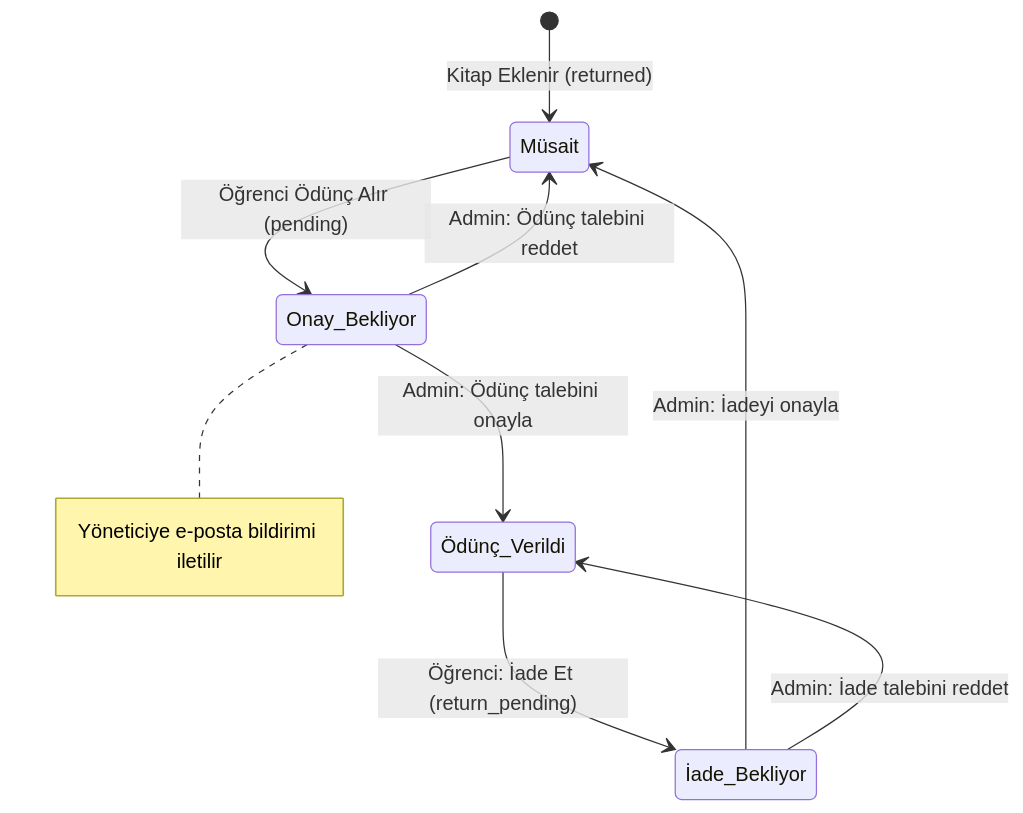
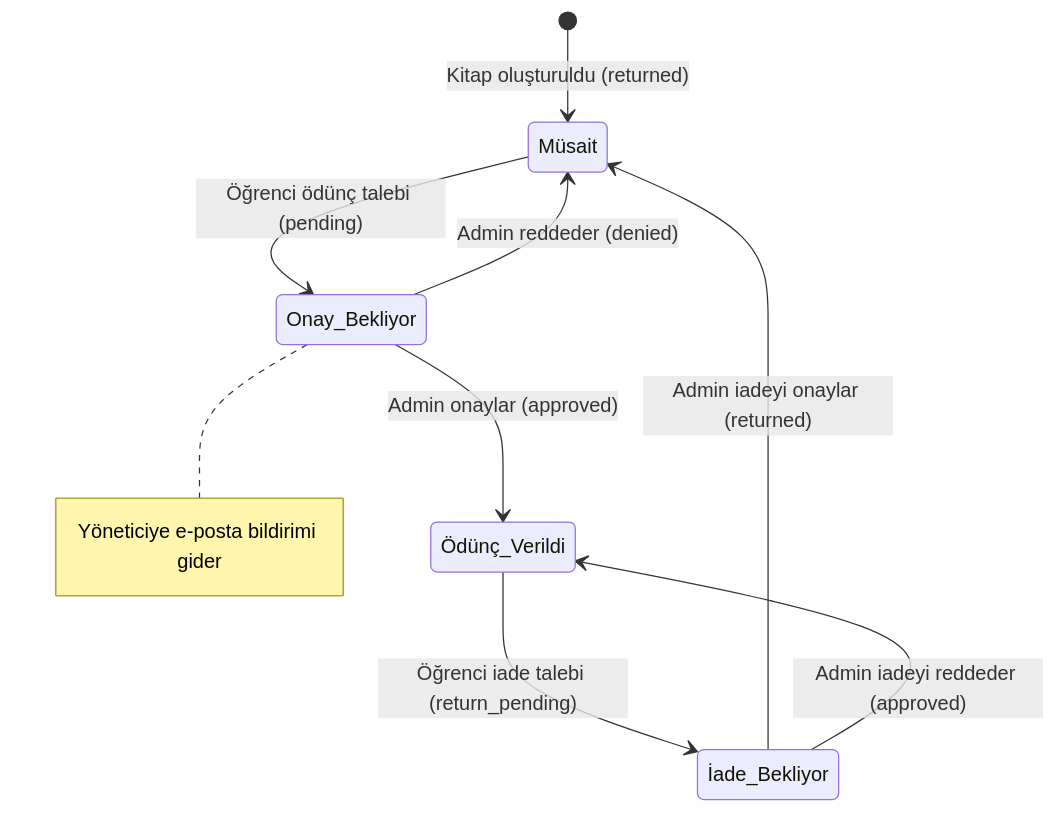
One commit to Woffluon/skallibrary changed the diagram in README.md. Above: the diagram before and after it, drawn with Mermaid. The commit also changed other lines of this file, not shown here.

````diff
--- a/README.md
+++ b/README.md
@@ -25,17 +7,16 @@
 ```mermaid
 stateDiagram-v2
-    [*] --> Müsait: Kitap Eklenir (returned)
+    [*] --> Müsait: Kitap oluşturuldu (returned)
 
-    Müsait --> Onay_Bekliyor: Öğrenci Ödünç Alır (pending)
+    Müsait --> Onay_Bekliyor: Öğrenci ödünç talebi (pending)
     note right of Onay_Bekliyor
-        Yöneticiye e-posta bildirimi iletilir
+        Yöneticiye e-posta bildirimi gider
     end note
 
-    Onay_Bekliyor --> Ödünç_Verildi: Admin: Ödünç talebini onayla
-    Onay_Bekliyor --> Müsait: Admin: Ödünç talebini reddet
+    Onay_Bekliyor --> Ödünç_Verildi: Admin onaylar (approved)
+    Onay_Bekliyor --> Müsait: Admin reddeder (denied)
 
-    Ödünç_Verildi --> İade_Bekliyor: Öğrenci: İade Et (return_pending)
-    
-    İade_Bekliyor --> Müsait: Admin: İadeyi onayla
-    İade_Bekliyor --> Ödünç_Verildi: Admin: İade talebini reddet
+    Ödünç_Verildi --> İade_Bekliyor: Öğrenci iade talebi (return_pending)
+    İade_Bekliyor --> Müsait: Admin iadeyi onaylar (returned)
+    İade_Bekliyor --> Ödünç_Verildi: Admin iadeyi reddeder (approved)
 ```
````
